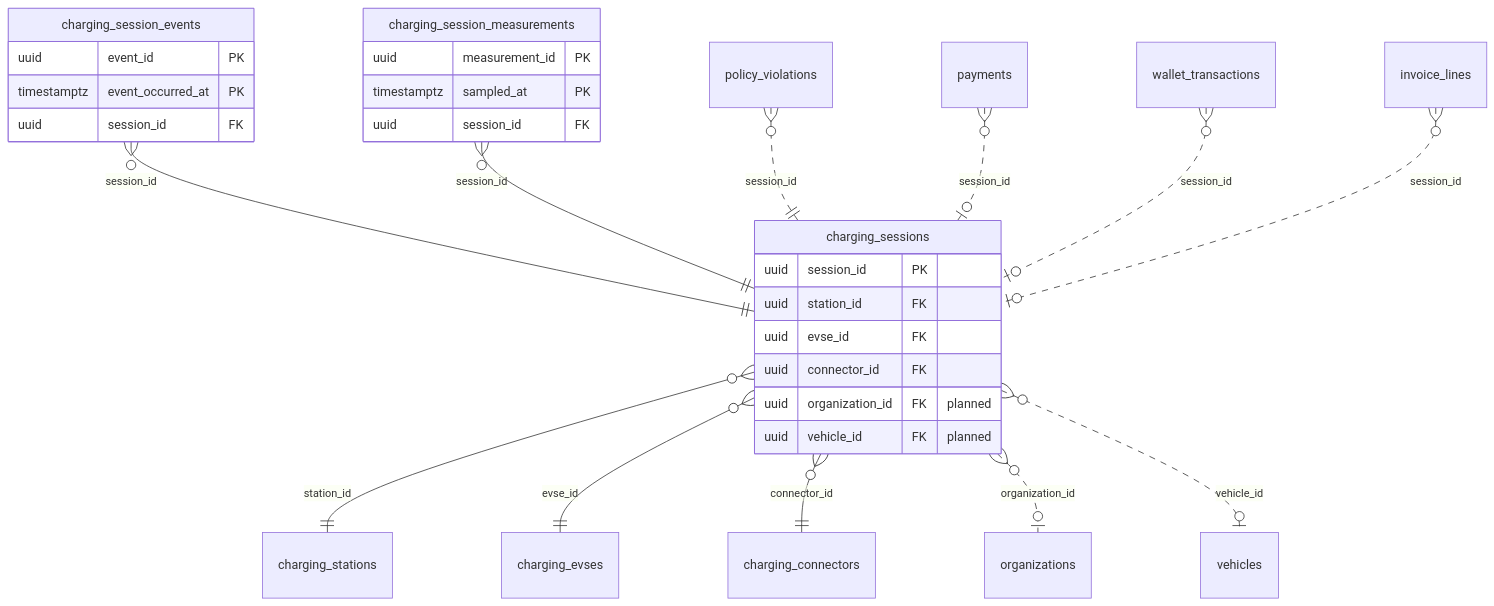
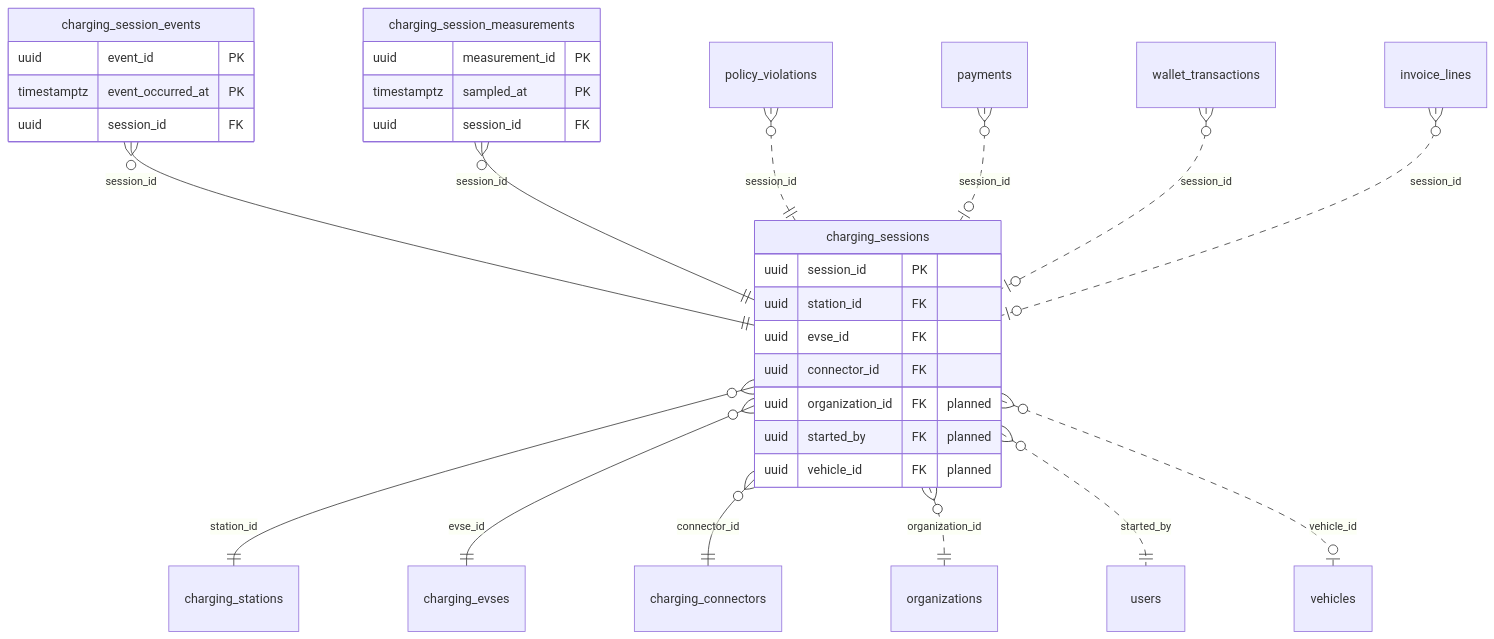
The diagram in docs/design/domain-model/domains/charging_sessions.md (yolo-coccoc/G3Network-app), drawn with Mermaid before and after one commit. The commit also changed other lines of this file and 9 other files, not shown here.

First line of the commit message:
docs(domain-model): review the charging sessions table

````diff
--- a/docs/design/domain-model/domains/charging_sessions.md
+++ b/docs/design/domain-model/domains/charging_sessions.md
@@ -17,32 +17,34 @@
 ```mermaid
 erDiagram
   charging_sessions {
     uuid session_id PK
     uuid station_id FK
     uuid evse_id FK
     uuid connector_id FK
     uuid organization_id FK "planned"
+    uuid started_by FK "planned"
     uuid vehicle_id FK "planned"
   }
   charging_session_events {
     uuid event_id PK
     timestamptz event_occurred_at PK
     uuid session_id FK
   }
   charging_session_measurements {
     uuid measurement_id PK
     timestamptz sampled_at PK
     uuid session_id FK
   }
   charging_sessions }o--|| charging_stations : "station_id"
   charging_sessions }o--|| charging_evses : "evse_id"
   charging_sessions }o--|| charging_connectors : "connector_id"
-  charging_sessions }o..o| organizations : "organization_id"
+  charging_sessions }o..|| organizations : "organization_id"
+  charging_sessions }o..|| users : "started_by"
   charging_sessions }o..o| vehicles : "vehicle_id"
   charging_session_events }o--|| charging_sessions : "session_id"
   charging_session_measurements }o--|| charging_sessions : "session_id"
   policy_violations }o..|| charging_sessions : "session_id"
   payments }o..o| charging_sessions : "session_id"
   wallet_transactions }o..o| charging_sessions : "session_id"
   invoice_lines }o..o| charging_sessions : "session_id"
 ```
````
